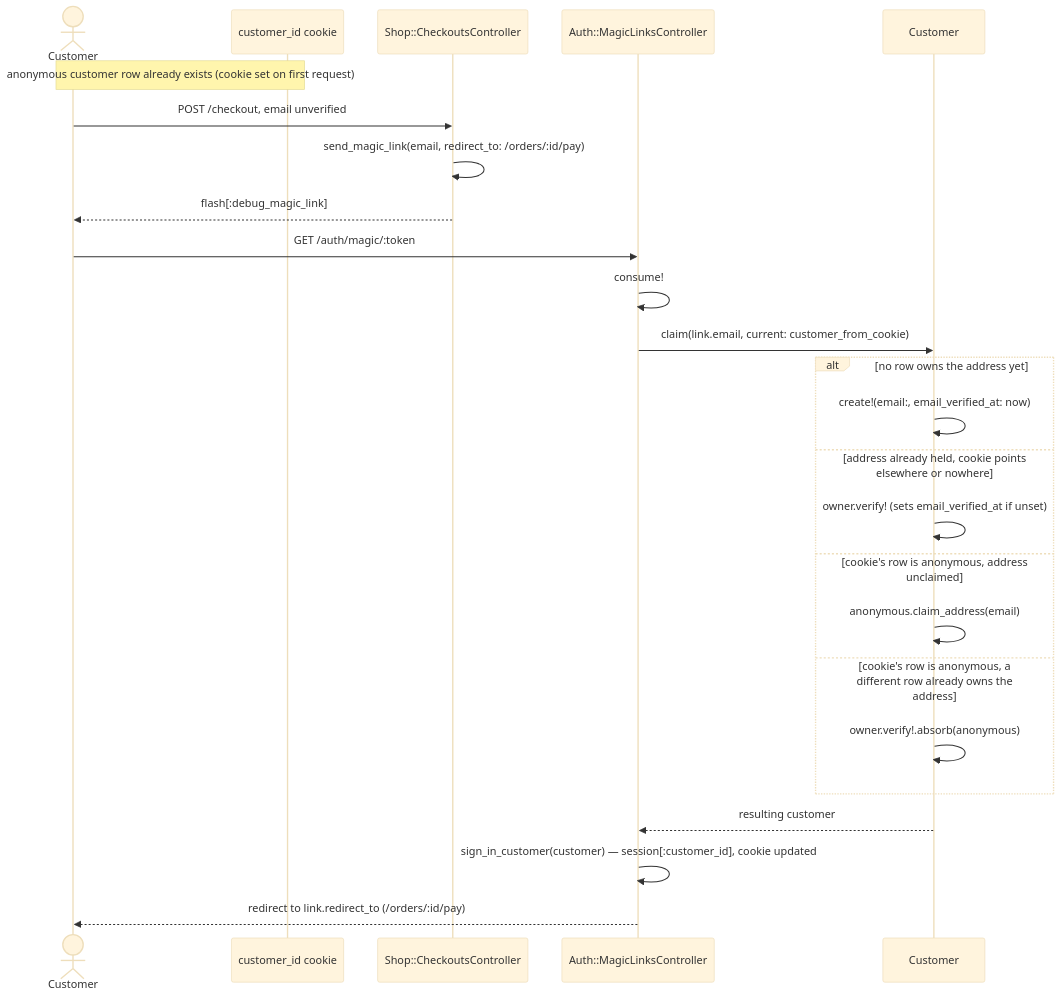
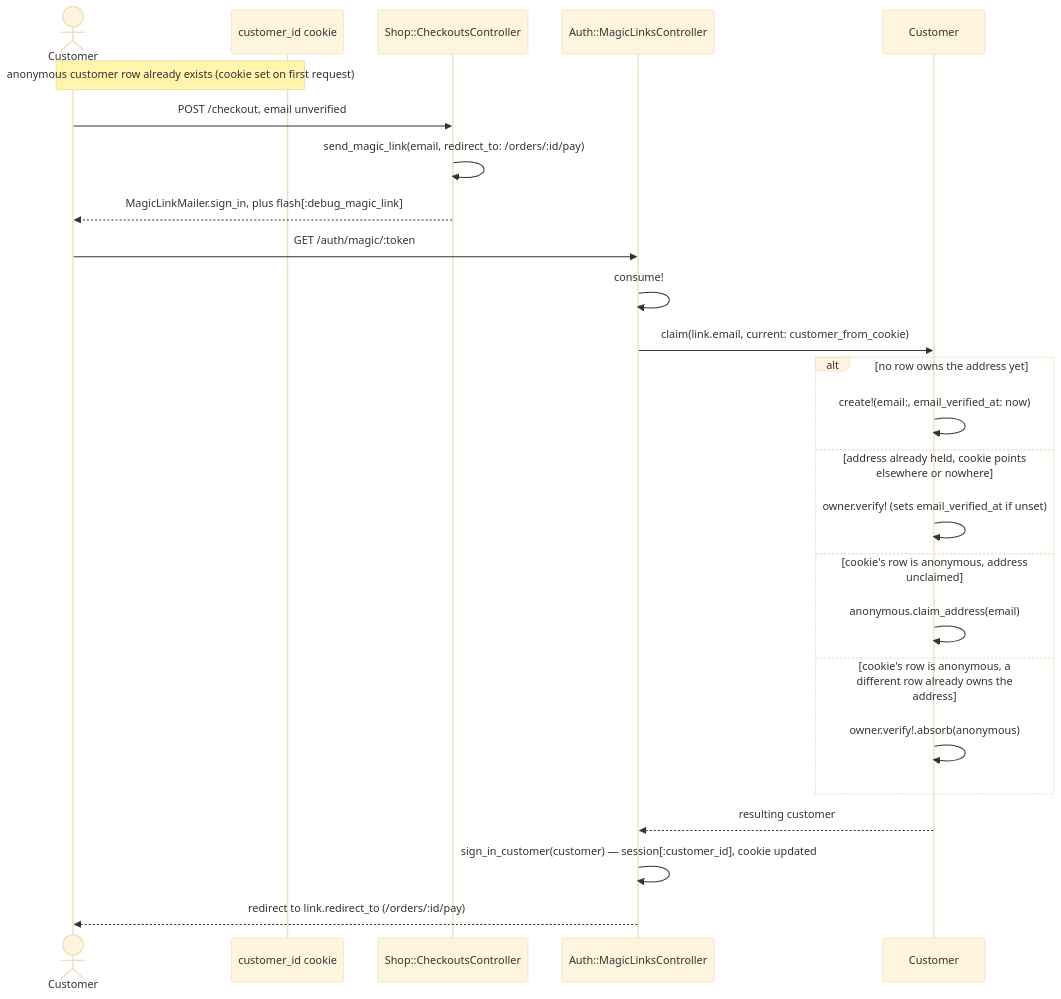
One commit to jonathan-beebe/art-store changed the second of 3 diagrams in prototype/rails/docs/identity.md. Above: the diagram before and after it, drawn with Mermaid (base theme). The commit also changed other lines of this file and 28 other files, not shown here.

First line of the commit message:
refactor(rails): send magic links with MagicLinkMailer [RFCTR-012]

````diff
--- a/prototype/rails/docs/identity.md
+++ b/prototype/rails/docs/identity.md
@@ -48,29 +61,29 @@
 ```mermaid
 sequenceDiagram
     actor Customer
     participant Cookie as customer_id cookie
     participant Checkout as Shop::CheckoutsController
     participant Verify as Auth::MagicLinksController
     participant Customers as Customer
 
     Note over Customer,Cookie: anonymous customer row already exists (cookie set on first request)
     Customer->>Checkout: POST /checkout, email unverified
     Checkout->>Checkout: send_magic_link(email, redirect_to: /orders/:id/pay)
-    Checkout-->>Customer: flash[:debug_magic_link]
+    Checkout-->>Customer: MagicLinkMailer.sign_in, plus flash[:debug_magic_link]
 
     Customer->>Verify: GET /auth/magic/:token
     Verify->>Verify: consume!
     Verify->>Customers: claim(link.email, current: customer_from_cookie)
     alt no row owns the address yet
         Customers->>Customers: create!(email:, email_verified_at: now)
     else address already held, cookie points elsewhere or nowhere
         Customers->>Customers: owner.verify! (sets email_verified_at if unset)
     else cookie's row is anonymous, address unclaimed
         Customers->>Customers: anonymous.claim_address(email)
     else cookie's row is anonymous, a different row already owns the address
         Customers->>Customers: owner.verify!.absorb(anonymous)
     end
     Customers-->>Verify: resulting customer
     Verify->>Verify: sign_in_customer(customer) — session[:customer_id], cookie updated
     Verify-->>Customer: redirect to link.redirect_to (/orders/:id/pay)
 ```
````
